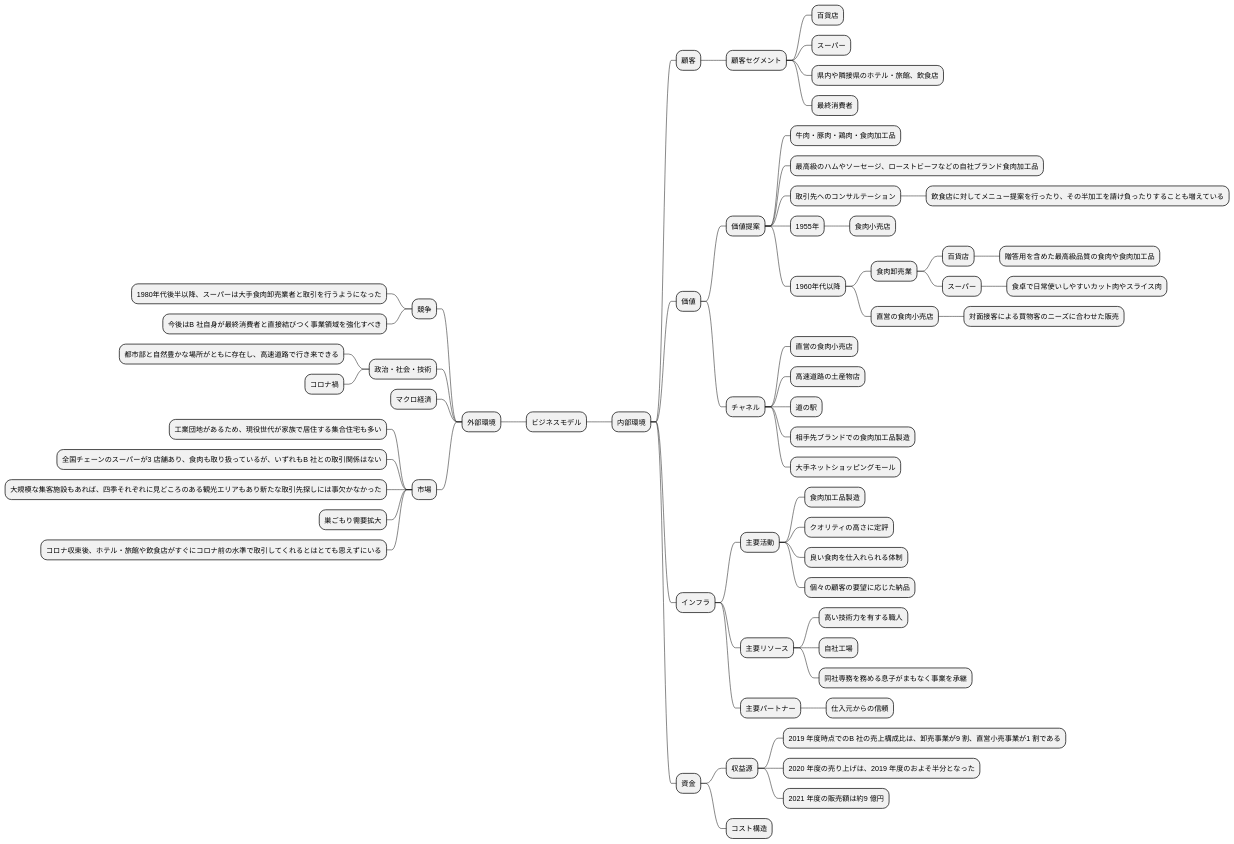
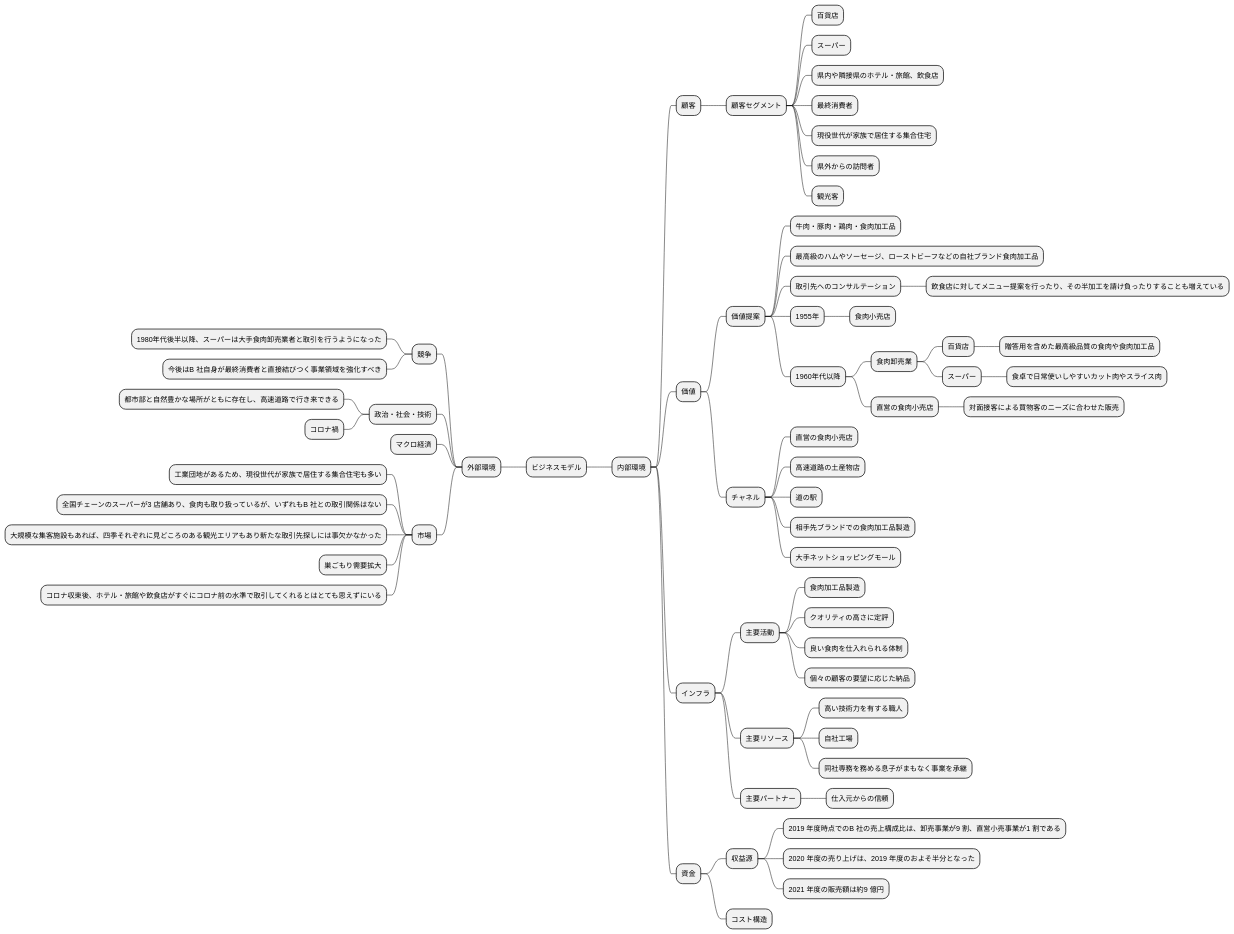
Before and after one commit to k2works/requirements_definition_excercise: the sixth of 7 diagrams in docs/R04/study/study_2_take01.md, drawn with PlantUML. The commit also changed other lines of this file, not shown here.

````diff
--- a/docs/R04/study/study_2_take01.md
+++ b/docs/R04/study/study_2_take01.md
@@ -182,66 +184,69 @@
 ```plantuml
 @startmindmap
 * ビジネスモデル
 -- 外部環境
 --- 競争
 ---- 1980年代後半以降、スーパーは大手食肉卸売業者と取引を行うようになった
 ---- 今後はB 社自身が最終消費者と直接結びつく事業領域を強化すべき
 --- 政治・社会・技術
 ---- 都市部と自然豊かな場所がともに存在し、高速道路で行き来できる
 ---- コロナ禍
 --- マクロ経済
 --- 市場
 ---- 工業団地があるため、現役世代が家族で居住する集合住宅も多い
 ---- 全国チェーンのスーパーが3 店舗あり、食肉も取り扱っているが、いずれもB 社との取引関係はない
 ---- 大規模な集客施設もあれば、四季それぞれに見どころのある観光エリアもあり新たな取引先探しには事欠かなかった
 ---- 巣ごもり需要拡大
 ---- コロナ収束後、ホテル・旅館や飲食店がすぐにコロナ前の水準で取引してくれるとはとても思えずにいる
 ** 内部環境
 *** 顧客
 **** 顧客セグメント
 ***** 百貨店
 ***** スーパー
 ***** 県内や隣接県のホテル・旅館、飲食店
 ***** 最終消費者
+***** 現役世代が家族で居住する集合住宅
+***** 県外からの訪問者
+***** 観光客
 *** 価値
 **** 価値提案
 ***** 牛肉・豚肉・鶏肉・食肉加工品
 ***** 最高級のハムやソーセージ、ローストビーフなどの自社ブランド食肉加工品
 ***** 取引先へのコンサルテーション
 ****** 飲食店に対してメニュー提案を行ったり、その半加工を請け負ったりすることも増えている
 ***** 1955年
 ****** 食肉小売店
 ***** 1960年代以降
 ****** 食肉卸売業
 ******* 百貨店
 ******** 贈答用を含めた最高級品質の食肉や食肉加工品
 ******* スーパー
 ******** 食卓で日常使いしやすいカット肉やスライス肉
 ****** 直営の食肉小売店
 ******* 対面接客による買物客のニーズに合わせた販売
 **** チャネル
 ***** 直営の食肉小売店
 ***** 高速道路の土産物店
 ***** 道の駅
 ***** 相手先ブランドでの食肉加工品製造
 ***** 大手ネットショッピングモール
 *** インフラ
 **** 主要活動
 ***** 食肉加工品製造
 ***** クオリティの高さに定評
 ***** 良い食肉を仕入れられる体制
 ***** 個々の顧客の要望に応じた納品
 **** 主要リソース
 ***** 高い技術力を有する職人
 ***** 自社工場
 ***** 同社専務を務める息子がまもなく事業を承継
 **** 主要パートナー
 ***** 仕入元からの信頼
 *** 資金
 **** 収益源
 ***** 2019 年度時点でのB 社の売上構成比は、卸売事業が9 割、直営小売事業が1 割である
 ***** 2020 年度の売り上げは、2019 年度のおよそ半分となった
 ***** 2021 年度の販売額は約9 億円
 **** コスト構造
 @endmindmap
 ```
````
